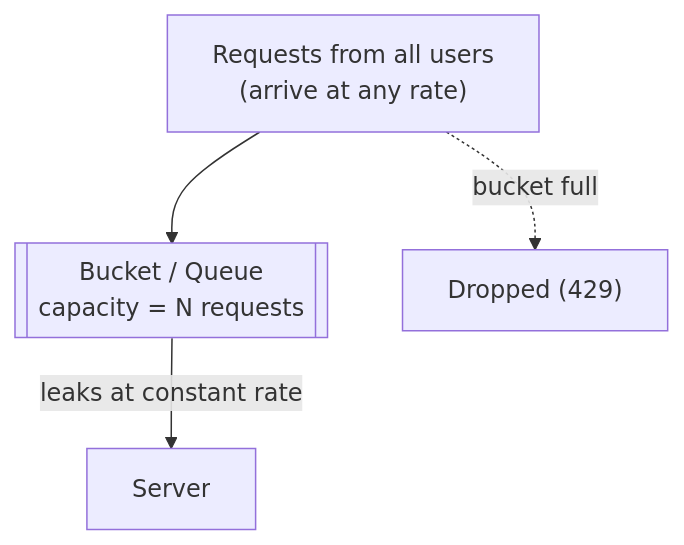
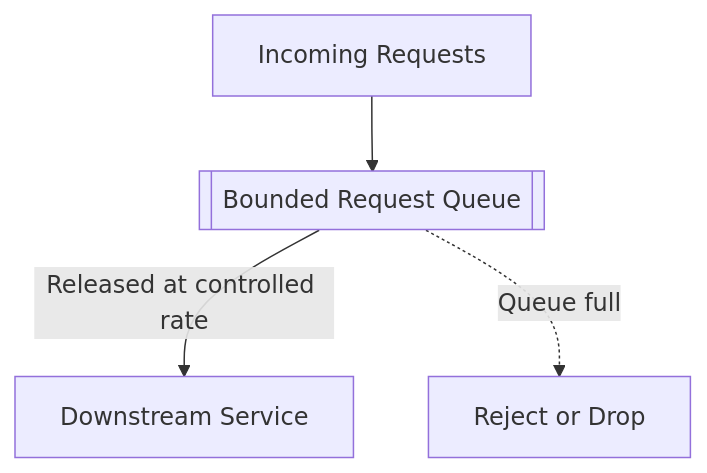
Before and after one commit to HARRISAMIN432/system-design-hld: the fifth of 9 diagrams in 12_Rate_limiting/README.md, drawn with Mermaid. The commit also changed other lines of this file and 11 other files, not shown here.

````diff
--- a/12_Rate_limiting/README.md
+++ b/12_Rate_limiting/README.md
@@ -160,6 +558,6 @@
 ```mermaid
 flowchart TD
-    A["Requests from all users<br/>(arrive at any rate)"] --> B[["Bucket / Queue<br/>capacity = N requests"]]
-    B -- "leaks at constant rate" --> S["Server"]
-    A -. "bucket full" .-> D["Dropped (429)"]
+    R["Incoming Requests"] --> Q[["Bounded Request Queue"]]
+    Q -->|"Released at controlled rate"| S["Downstream Service"]
+    Q -.->|"Queue full"| X["Reject or Drop"]
 ```
````
